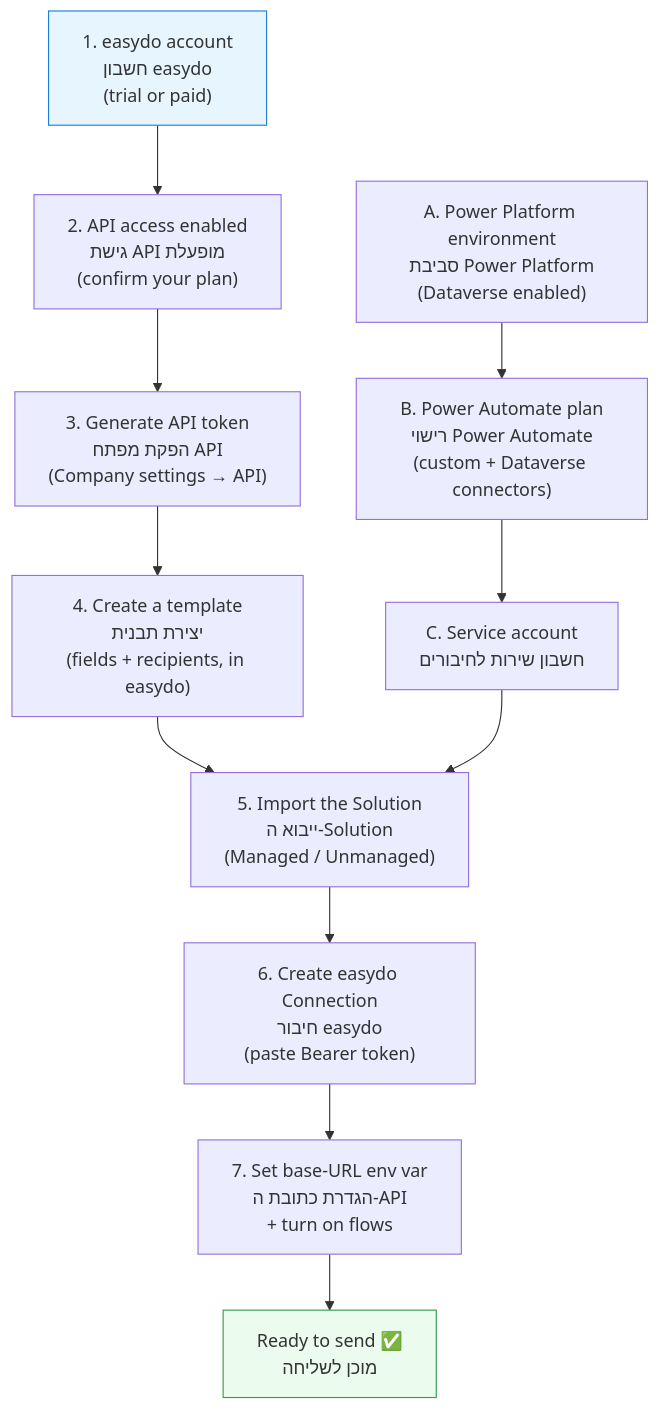
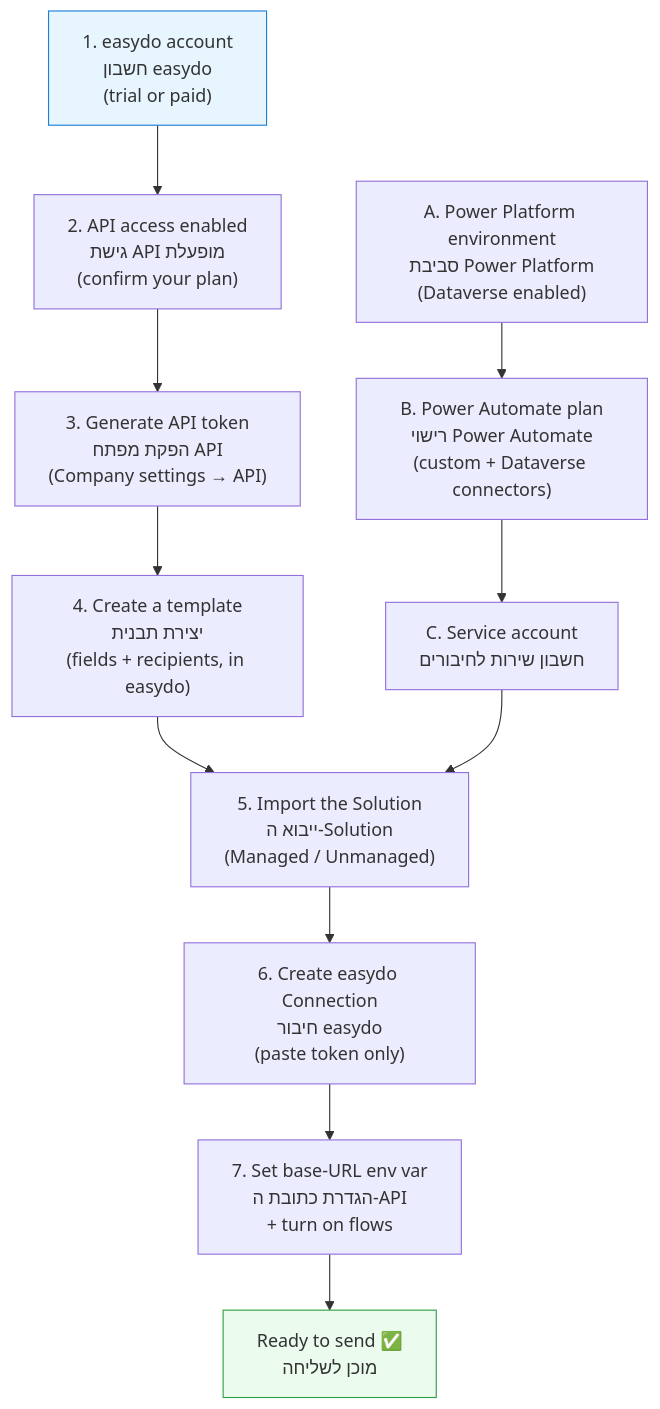
The diagram in docs/prerequisites.md (alexander-you/D365-easydo), drawn with Mermaid before and after one commit. The commit also changed other lines of this file and 8 other files, not shown here.

````diff
--- a/docs/prerequisites.md
+++ b/docs/prerequisites.md
@@ -14,18 +14,18 @@
 ```mermaid
 flowchart TD
     A["1. easydo account<br/>חשבון easydo<br/>(trial or paid)"] --> B["2. API access enabled<br/>גישת API מופעלת<br/>(confirm your plan)"]
     B --> C["3. Generate API token<br/>הפקת מפתח API<br/>(Company settings → API)"]
     C --> D["4. Create a template<br/>יצירת תבנית<br/>(fields + recipients, in easydo)"]
 
     E["A. Power Platform environment<br/>סביבת Power Platform<br/>(Dataverse enabled)"] --> F["B. Power Automate plan<br/>רישוי Power Automate<br/>(custom + Dataverse connectors)"]
     F --> G["C. Service account<br/>חשבון שירות לחיבורים"]
 
     D --> H["5. Import the Solution<br/>ייבוא ה‑Solution<br/>(Managed / Unmanaged)"]
     G --> H
-    H --> I["6. Create easydo Connection<br/>חיבור easydo<br/>(paste Bearer token)"]
+    H --> I["6. Create easydo Connection<br/>חיבור easydo<br/>(paste token only)"]
     I --> J["7. Set base‑URL env var<br/>הגדרת כתובת ה‑API<br/>+ turn on flows"]
     J --> K["Ready to send ✅<br/>מוכן לשליחה"]
 
     style A fill:#e7f5ff,stroke:#1c7ed6
     style K fill:#ebfbee,stroke:#2f9e44
 ```
````
